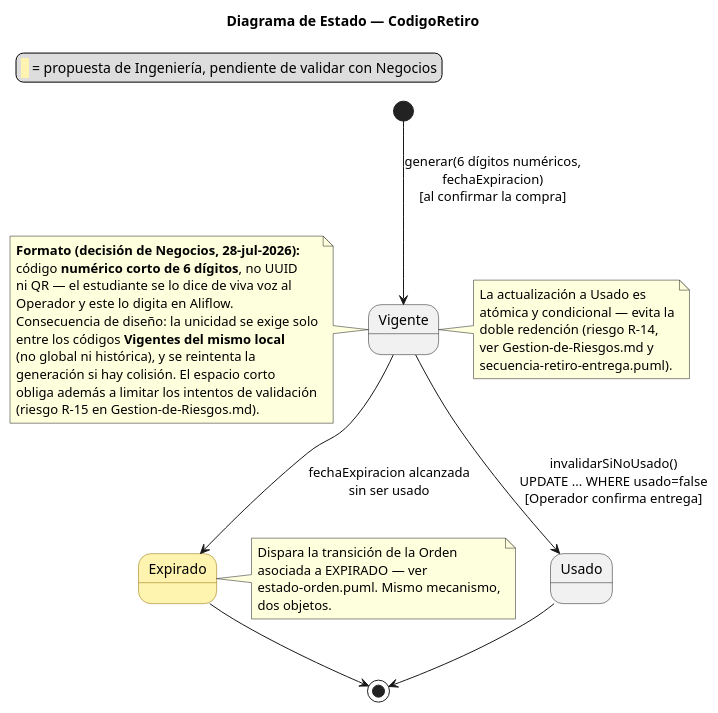
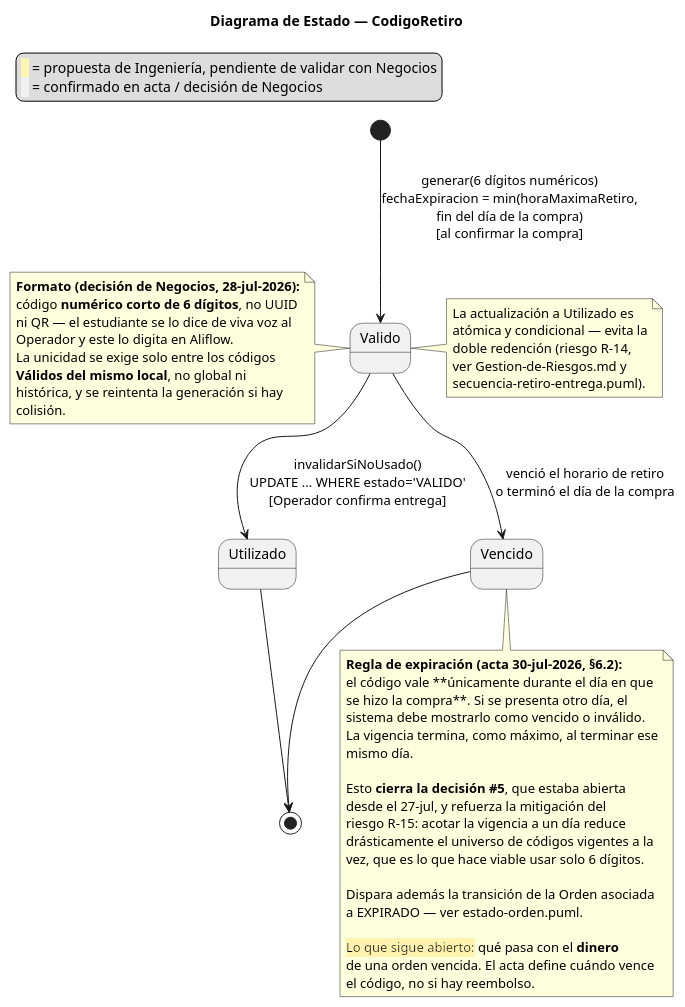
One commit to Jesus-JB/aliflow changed the diagram in uml/estado-codigo-retiro.puml. Above: the diagram before and after it, drawn with PlantUML. The commit also changed 17 other files, not shown here.

First line of the commit message:
Alinear el diseño con el acta de reunión del 30 de julio

```diff
--- a/uml/estado-codigo-retiro.puml
+++ b/uml/estado-codigo-retiro.puml
@@ -1,53 +1,65 @@
 @startuml estado-codigo-retiro-aliflow
 
 title Diagrama de Estado — CodigoRetiro
 
 skinparam state {
   BackgroundColor<<propuesta>> #FFF3B0
   BorderColor<<propuesta>> #8A6D00
 }
 
 legend top left
   <back:#FFF3B0>  </back> = propuesta de Ingeniería, pendiente de validar con Negocios
+  <back:#F1F1F1>  </back> = confirmado en acta / decisión de Negocios
 endlegend
 
-state Expirado <<propuesta>>
+[*] --> Valido : generar(6 dígitos numéricos)\nfechaExpiracion = min(horaMaximaRetiro,\nfin del día de la compra)\n[al confirmar la compra]
 
-[*] --> Vigente : generar(6 dígitos numéricos,\nfechaExpiracion)\n[al confirmar la compra]
+Valido --> Utilizado : invalidarSiNoUsado()\nUPDATE ... WHERE estado='VALIDO'\n[Operador confirma entrega]
 
-Vigente --> Usado : invalidarSiNoUsado()\nUPDATE ... WHERE usado=false\n[Operador confirma entrega]
+Valido --> Vencido : venció el horario de retiro\no terminó el día de la compra
 
-Vigente --> Expirado : fechaExpiracion alcanzada\nsin ser usado
+Utilizado --> [*]
+Vencido --> [*]
 
-Usado --> [*]
-Expirado --> [*]
-
-note right of Vigente
-  La actualización a Usado es
+note right of Valido
+  La actualización a Utilizado es
   atómica y condicional — evita la
   doble redención (riesgo R-14,
   ver Gestion-de-Riesgos.md y
   secuencia-retiro-entrega.puml).
 end note
 
-note left of Vigente
+note left of Valido
   **Formato (decisión de Negocios, 28-jul-2026):**
   código **numérico corto de 6 dígitos**, no UUID
   ni QR — el estudiante se lo dice de viva voz al
   Operador y este lo digita en Aliflow.
-  Consecuencia de diseño: la unicidad se exige solo
-  entre los códigos **Vigentes del mismo local**
-  (no global ni histórica), y se reintenta la
-  generación si hay colisión. El espacio corto
-  obliga además a limitar los intentos de validación
-  (riesgo R-15 en Gestion-de-Riesgos.md).
+  La unicidad se exige solo entre los códigos
+  **Válidos del mismo local**, no global ni
+  histórica, y se reintenta la generación si hay
+  colisión.
 end note
 
-note right of Expirado
-  Dispara la transición de la Orden
-  asociada a EXPIRADO — ver
-  estado-orden.puml. Mismo mecanismo,
-  dos objetos.
+note bottom of Vencido
+  **Regla de expiración (acta 30-jul-2026, §6.2):**
+  el código vale **únicamente durante el día en que
+  se hizo la compra**. Si se presenta otro día, el
+  sistema debe mostrarlo como vencido o inválido.
+  La vigencia termina, como máximo, al terminar ese
+  mismo día.
+
+  Esto **cierra la decisión #5**, que estaba abierta
+  desde el 27-jul, y refuerza la mitigación del
+  riesgo R-15: acotar la vigencia a un día reduce
+  drásticamente el universo de códigos vigentes a la
+  vez, que es lo que hace viable usar solo 6 dígitos.
+
+  Dispara además la transición de la Orden asociada
+  a EXPIRADO — ver estado-orden.puml.
+
+  <back:#FFF3B0>Lo que sigue abierto:</back> qué pasa con el **dinero**
+  de una orden vencida. El acta define cuándo vence
+  el código, no si hay reembolso.
 end note
 
 @enduml
```
